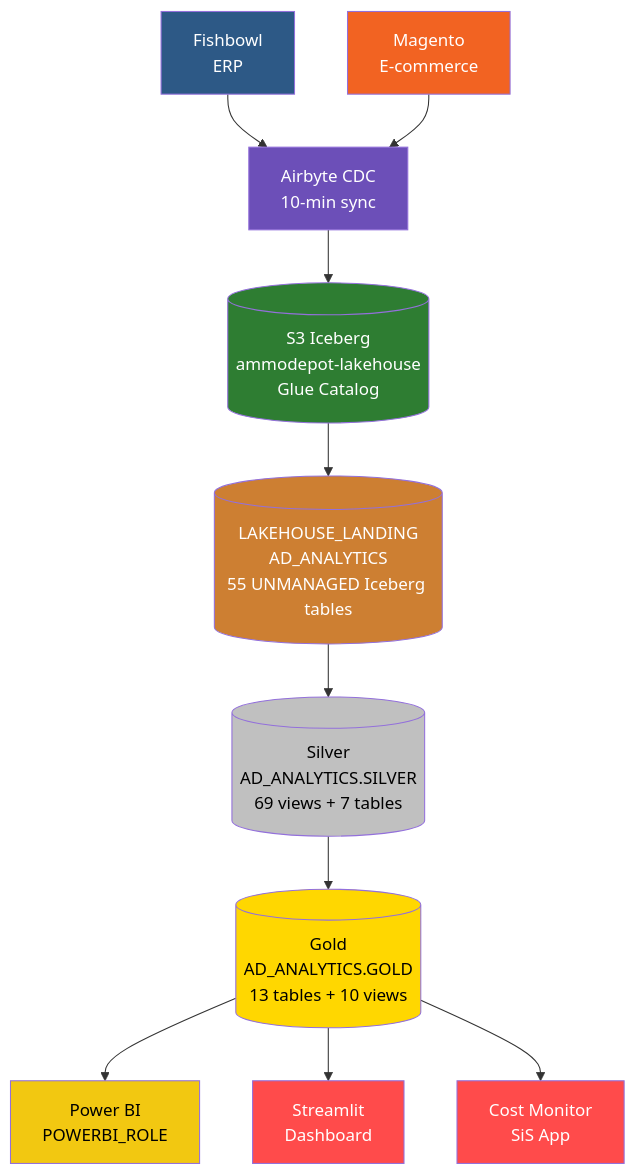
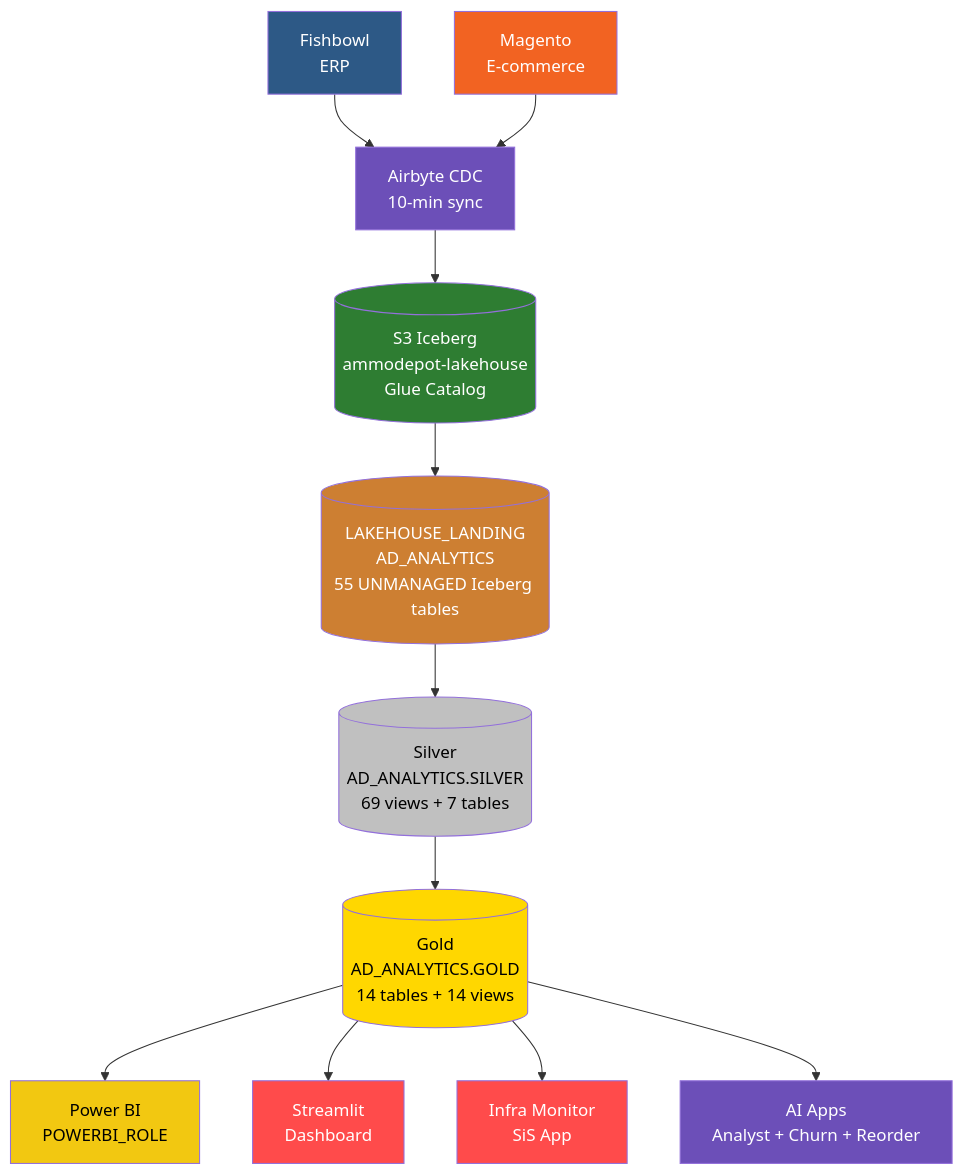
The first of 3 diagrams in README.md (trinityBI-HQ/dbt_ammodepot), drawn with Mermaid before and after one commit. The commit also changed other lines of this file and 3 other files, not shown here.

````diff
--- a/README.md
+++ b/README.md
@@ -13,28 +13,30 @@
 ```mermaid
 flowchart TD
     FB[Fishbowl<br/>ERP] --> AC[Airbyte CDC<br/>10-min sync]
     MG[Magento<br/>E-commerce] --> AC
 
     AC --> S3[(S3 Iceberg<br/>ammodepot-lakehouse<br/>Glue Catalog)]
 
     S3 --> LL[(LAKEHOUSE_LANDING<br/>AD_ANALYTICS<br/>55 UNMANAGED Iceberg tables)]
 
     LL --> SV[(Silver<br/>AD_ANALYTICS.SILVER<br/>69 views + 7 tables)]
 
-    SV --> GD[(Gold<br/>AD_ANALYTICS.GOLD<br/>13 tables + 10 views)]
+    SV --> GD[(Gold<br/>AD_ANALYTICS.GOLD<br/>14 tables + 14 views)]
 
     GD --> PBI[Power BI<br/>POWERBI_ROLE]
     GD --> ST[Streamlit<br/>Dashboard]
-    GD --> CM[Cost Monitor<br/>SiS App]
+    GD --> CM[Infra Monitor<br/>SiS App]
+    GD --> AI[AI Apps<br/>Analyst + Churn + Reorder]
 
     style S3 fill:#2e7d32,color:#fff
     style LL fill:#cd7f32,color:#fff
     style SV fill:#c0c0c0,color:#000
     style GD fill:#ffd700,color:#000
     style FB fill:#2d5986,color:#fff
     style MG fill:#f26322,color:#fff
     style AC fill:#6c4fb8,color:#fff
     style PBI fill:#f2c811,color:#000
     style ST fill:#ff4b4b,color:#fff
     style CM fill:#ff4b4b,color:#fff
+    style AI fill:#6c4fb8,color:#fff
 ```
````
